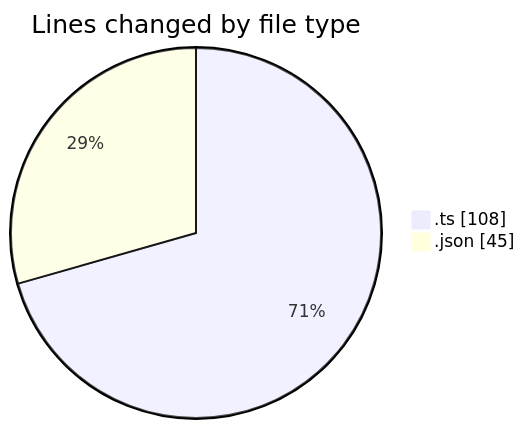
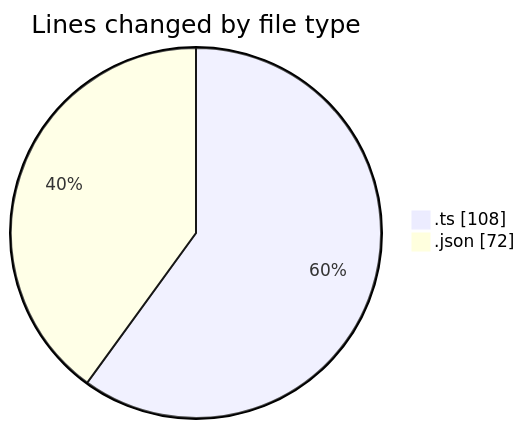
One commit to EIIisD/code-tracking changed the first of 2 diagrams in 2025-07-12/ribbon/README.md. Above: the diagram before and after it, drawn with Mermaid. The commit also changed other lines of this file and 1 other file, not shown here.

````diff
--- a/2025-07-12/ribbon/README.md
+++ b/2025-07-12/ribbon/README.md
@@ -21,6 +21,6 @@
 ```mermaid
 pie showData
 title Lines changed by file type
 ".ts" : 108
-".json" : 45
+".json" : 72
 ```
````
